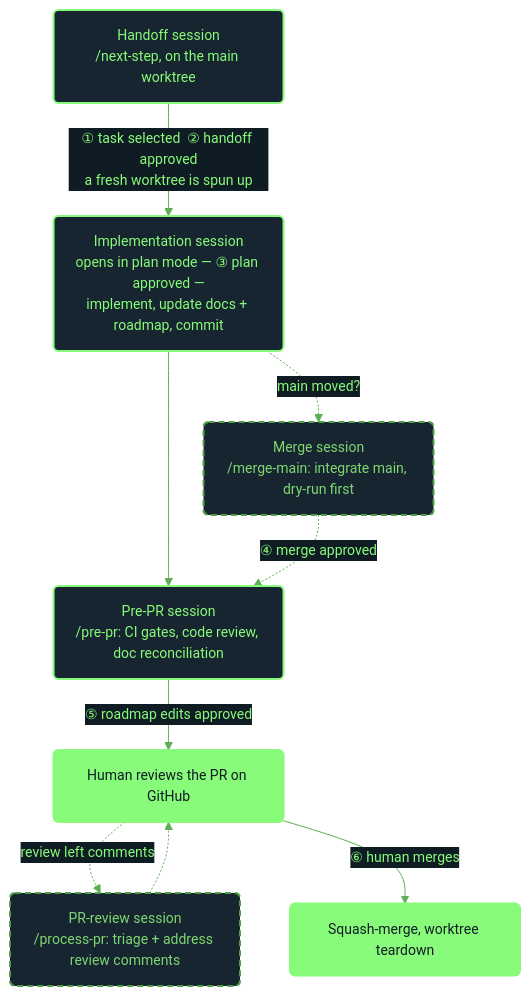
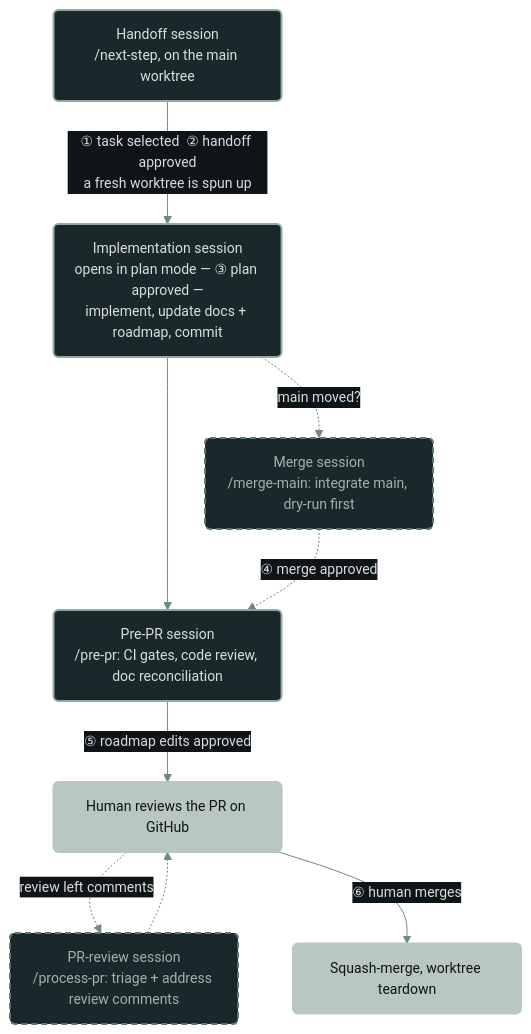
Before and after one commit to drabaioli/cdd: the first of 2 diagrams in README.md, drawn with Mermaid. The commit also changed other lines of this file, not shown here.

Commit message:
README: rework Mermaid palette (mermaid-image teal) + label padding
Per PR #9 follow-up: swap the palette for a moody, desaturated
dark-teal scheme inspired by the reference image — charcoal-teal
panels (#0e1417 / #1b282b), pale misty outlines and text, with
human/GitHub steps inverted to the pale "light" fill. Pad edge
labels with non-breaking spaces and bump node padding / node- and
rank-spacing so blocks like "main moved?" breathe. Font stack now
leads with Poppins (falls back to a system sans on GitHub, which
does not load external fonts).

````diff
--- a/README.md
+++ b/README.md
@@ -16,24 +16,24 @@
 ```mermaid
-%%{init: {'theme':'base', 'themeVariables': {'background':'#101c24', 'primaryColor':'#16252f', 'primaryTextColor':'#88fb7a', 'primaryBorderColor':'#88fb7a', 'lineColor':'#5fae57', 'textColor':'#a9d6a0', 'edgeLabelBackground':'#101c24', 'fontFamily':'ui-monospace, SFMono-Regular, Menlo, monospace', 'fontSize':'14px'}, 'flowchart': {'curve':'basis'}}}%%
+%%{init: {'theme':'base', 'themeVariables': {'background':'#0e1417', 'primaryColor':'#1b282b', 'primaryTextColor':'#d7e0db', 'primaryBorderColor':'#8fa9a3', 'lineColor':'#6e8983', 'textColor':'#c4d2cd', 'edgeLabelBackground':'#0e1417', 'fontFamily':'Poppins, Verdana, Helvetica, Arial, sans-serif', 'fontSize':'14px'}, 'flowchart': {'curve':'basis', 'padding':14, 'nodeSpacing':55, 'rankSpacing':60}}}%%
 flowchart TD
     NS("Handoff session<br>/next-step, on the main worktree"):::agent
     IMPL("Implementation session<br>opens in plan mode — ③ plan approved —<br>implement, update docs + roadmap, commit"):::agent
     MM("Merge session<br>/merge-main: integrate main, dry-run first"):::opt
     PP("Pre-PR session<br>/pre-pr: CI gates, code review, doc reconciliation"):::agent
     REV("Human reviews the PR on GitHub"):::human
     PPR("PR-review session<br>/process-pr: triage + address review comments"):::opt
     DONE("Squash-merge, worktree teardown"):::human
 
-    NS -->|"① task selected  ② handoff approved<br>a fresh worktree is spun up"| IMPL
+    NS -->|"  ① task selected  ② handoff approved<br>a fresh worktree is spun up  "| IMPL
     IMPL --> PP
-    IMPL -.->|"main moved?"| MM
-    MM -.->|"④ merge approved"| PP
-    PP -->|"⑤ roadmap edits approved"| REV
-    REV -.->|"review left comments"| PPR
+    IMPL -.->|"  main moved?  "| MM
+    MM -.->|"  ④ merge approved  "| PP
+    PP -->|"  ⑤ roadmap edits approved  "| REV
+    REV -.->|"  review left comments  "| PPR
     PPR -.-> REV
-    REV -->|"⑥ human merges"| DONE
+    REV -->|"  ⑥ human merges  "| DONE
 
-    classDef agent fill:#16252f,stroke:#88fb7a,color:#88fb7a,stroke-width:2px
-    classDef opt fill:#16252f,stroke:#4f9e48,color:#7fd773,stroke-width:2px,stroke-dasharray: 6 4
-    classDef human fill:#88fb7a,stroke:#88fb7a,color:#101c24,stroke-width:2px
+    classDef agent fill:#1b282b,stroke:#8fa9a3,color:#d7e0db,stroke-width:2px
+    classDef opt fill:#1b282b,stroke:#5f7771,color:#9fb2ac,stroke-width:2px,stroke-dasharray: 6 4
+    classDef human fill:#b9c7c1,stroke:#b9c7c1,color:#0e1417,stroke-width:2px
 ```
````
